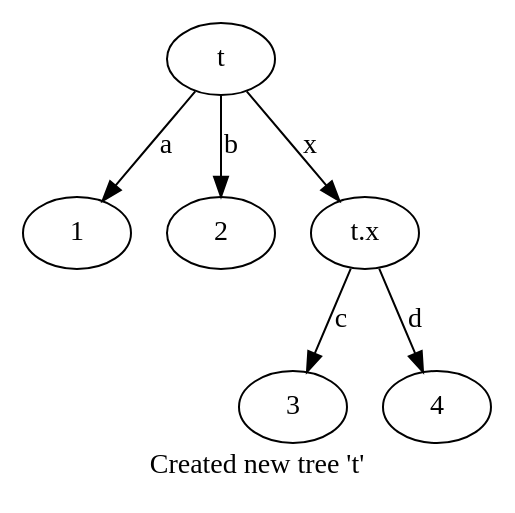
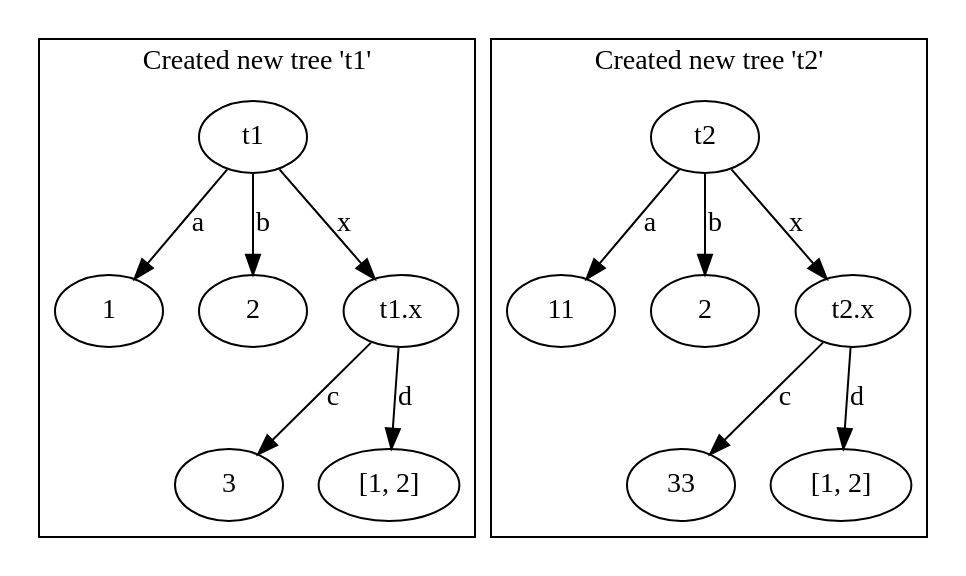
Before and after one commit to opendilab/treevalue: the diagram in docs/source/tutorials/quick_start/create_a_tree.gv, drawn with Graphviz. The commit also changed 8 other files, not shown here.

Commit message:
add quick start demo for graph generation && update the demo graph in quick start page

```diff
--- a/docs/source/tutorials/quick_start/create_a_tree.gv
+++ b/docs/source/tutorials/quick_start/create_a_tree.gv
@@ -1,15 +1,32 @@
 digraph D {
-    label = "Created new tree 't'"
     graph [bgcolor = "#ffffff00"];
-    root [label = "t"];
-    n1 [label = "1"];
-    n2 [label = "2"];
-    n3 [label = "t.x"];
-    n4 [label = "3"];
-    n5 [label = "4"];
-    root -> n1 [label = "a"];
-    root -> n2 [label = "b"];
-    root -> n3 [label = "x"];
-    n3 -> n4 [label = "c"];
-    n3 -> n5 [label = "d"];
+    subgraph cluster_t1 {
+    label = "Created new tree 't1'"
+    t1 [label = "t1"];
+    t1_n1 [label = "1"];
+    t1_n2 [label = "2"];
+    t1_n3 [label = "t1.x"];
+    t1_n4 [label = "3"];
+    t1_n5 [label = "[1, 2]"];
+    t1 -> t1_n1 [label = "a"];
+    t1 -> t1_n2 [label = "b"];
+    t1 -> t1_n3 [label = "x"];
+    t1_n3 -> t1_n4 [label = "c"];
+    t1_n3 -> t1_n5 [label = "d"];
+    }
+
+    subgraph cluster_t2 {
+    label = "Created new tree 't2'"
+    t2 [label = "t2"];
+    t2_n1 [label = "11"];
+    t2_n2 [label = "2"];
+    t2_n3 [label = "t2.x"];
+    t2_n4 [label = "33"];
+    t2_n5 [label = "[1, 2]"];
+    t2 -> t2_n1 [label = "a"];
+    t2 -> t2_n2 [label = "b"];
+    t2 -> t2_n3 [label = "x"];
+    t2_n3 -> t2_n4 [label = "c"];
+    t2_n3 -> t2_n5 [label = "d"];
+    }
 }
```
